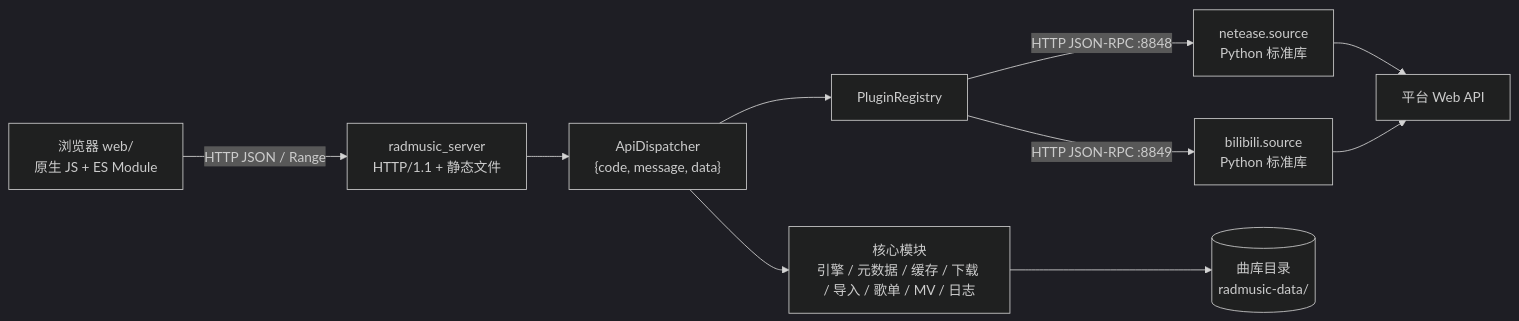
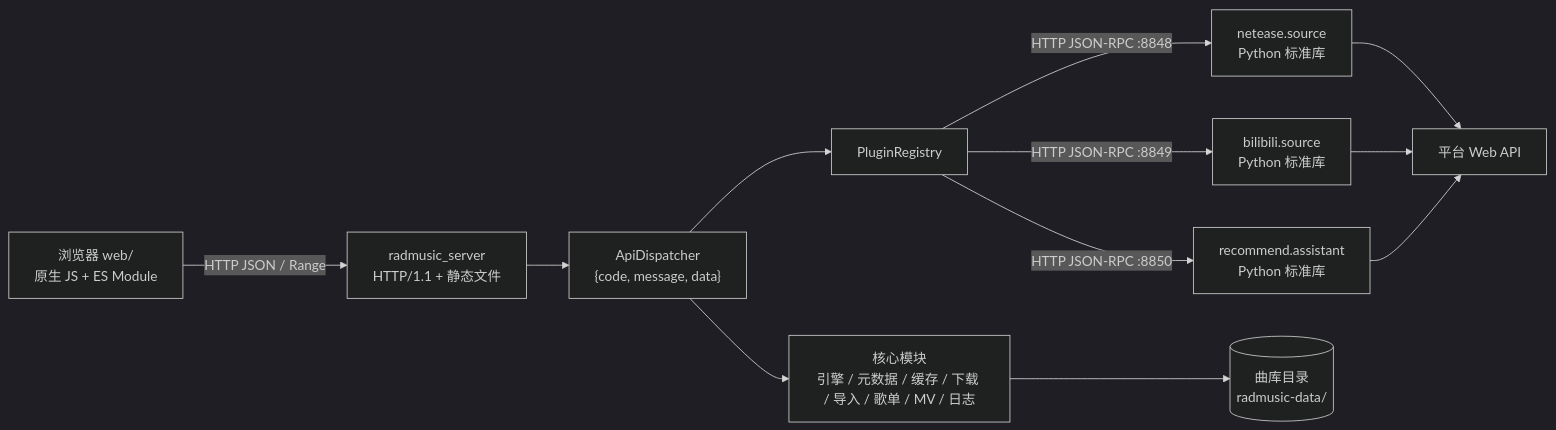
One commit to zbl201054/rad-music changed the diagram in Readme.md. Above: the diagram before and after it, drawn with Mermaid (dark theme). The commit also changed other lines of this file and 30 other files, not shown here.

````diff
--- a/Readme.md
+++ b/Readme.md
@@ -30,12 +66,14 @@
 ```mermaid
 flowchart LR
   B["浏览器 web/<br/>原生 JS + ES Module"] -->|"HTTP JSON / Range"| S["radmusic_server<br/>HTTP/1.1 + 静态文件"]
   S --> A["ApiDispatcher<br/>{code, message, data}"]
   A --> E["核心模块<br/>引擎 / 元数据 / 缓存 / 下载 / 导入 / 歌单 / MV / 日志"]
   A --> R["PluginRegistry"]
   R -->|"HTTP JSON-RPC :8848"| N["netease.source<br/>Python 标准库"]
   R -->|"HTTP JSON-RPC :8849"| V["bilibili.source<br/>Python 标准库"]
+  R -->|"HTTP JSON-RPC :8850"| C["recommend.assistant<br/>Python 标准库"]
   N --> W["平台 Web API"]
   V --> W
+  C --> W
   E --> D[("曲库目录<br/>radmusic-data/")]
 ```
````
